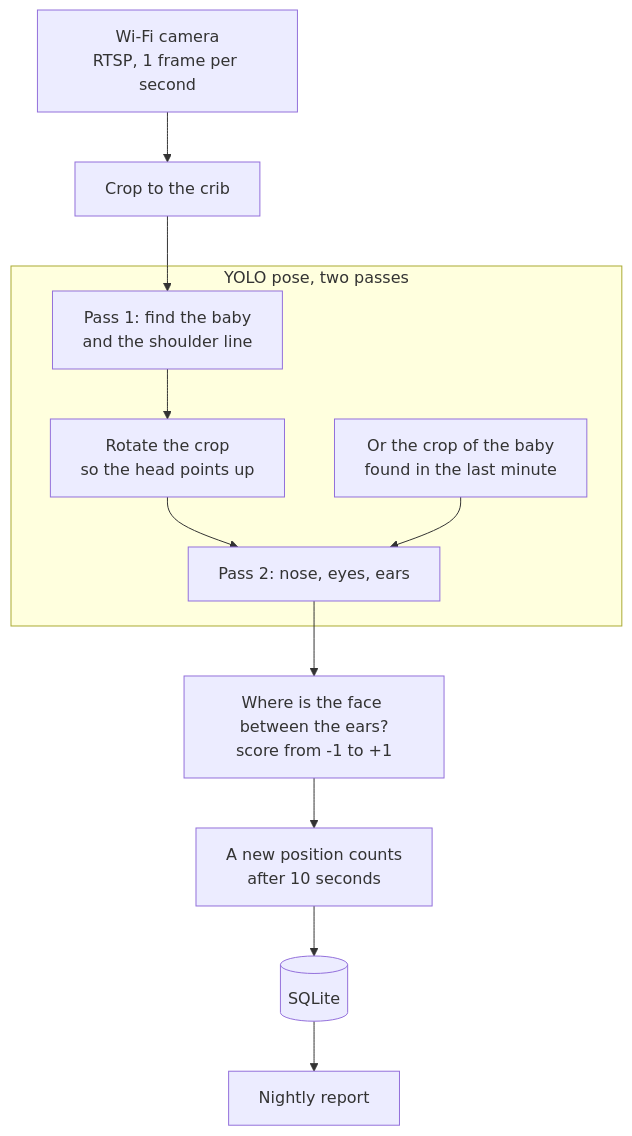
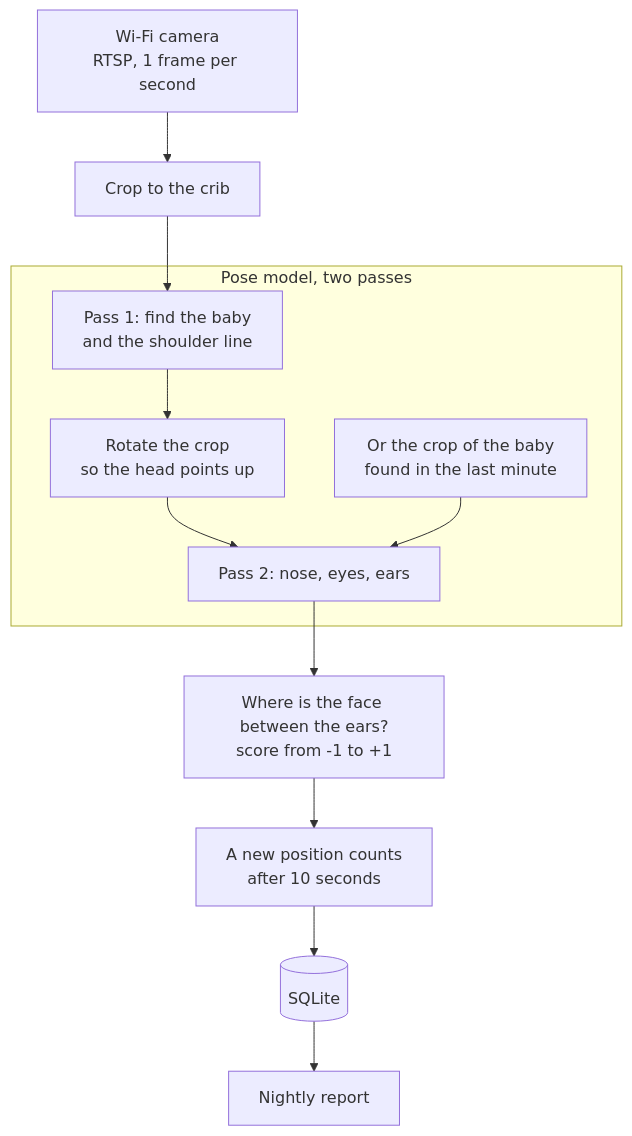
Before and after one commit to OpsDevil/noggin-compass: the diagram in README.md, drawn with Mermaid. The commit also changed other lines of this file and 9 other files, not shown here.

First line of the commit message:
Run RTMO as the pose model when the settings name it

````diff
--- a/README.md
+++ b/README.md
@@ -54,14 +57,14 @@
 ```mermaid
 flowchart TD
     cam["Wi-Fi camera<br/>RTSP, 1 frame per second"] --> crop["Crop to the crib"]
-    subgraph nn ["YOLO pose, two passes"]
+    subgraph nn ["Pose model, two passes"]
         pass1["Pass 1: find the baby<br/>and the shoulder line"] --> rotate["Rotate the crop<br/>so the head points up"]
         rotate --> pass2["Pass 2: nose, eyes, ears"]
         memory["Or the crop of the baby<br/>found in the last minute"] --> pass2
     end
     crop --> pass1
     pass2 --> geometry["Where is the face between the ears?<br/>score from -1 to +1"]
     geometry --> smooth["A new position counts<br/>after 10 seconds"]
     smooth --> db[("SQLite")]
     db --> report["Nightly report"]
 ```
````
